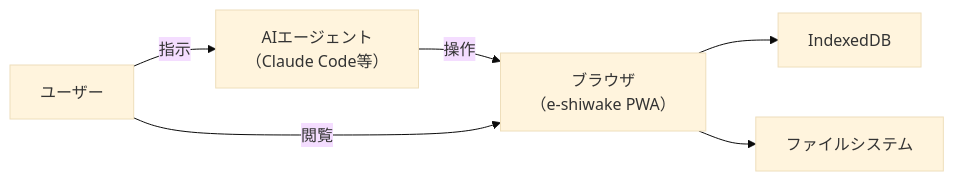
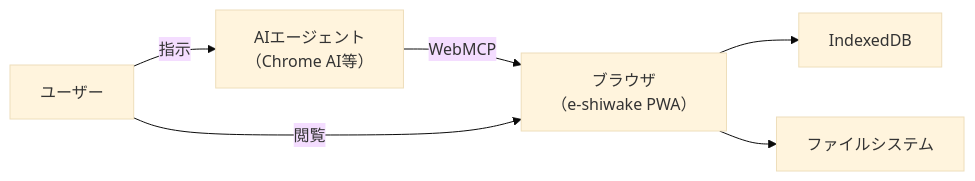
Before and after one commit to shuji-bonji/e-shiwake: the second of 7 diagrams in docs/ai-integration-architecture.md, drawn with Mermaid (base theme). The commit also changed other lines of this file and 5 other files, not shown here.

Commit message:
test: WebMCP テスト実装

````diff
--- a/docs/ai-integration-architecture.md
+++ b/docs/ai-integration-architecture.md
@@ -104,14 +105,14 @@
 ```mermaid
 graph LR
     User["ユーザー"]
-    Agent["AIエージェント<br/>（Claude Code等）"]
+    Agent["AIエージェント<br/>（Chrome AI等）"]
     Browser["ブラウザ<br/>（e-shiwake PWA）"]
     IDB["IndexedDB"]
     FS["ファイルシステム"]
 
     User -->|指示| Agent
-    Agent -->|操作| Browser
+    Agent -->|WebMCP| Browser
     Browser --> IDB
     Browser --> FS
     User -->|閲覧| Browser
 ```
````
